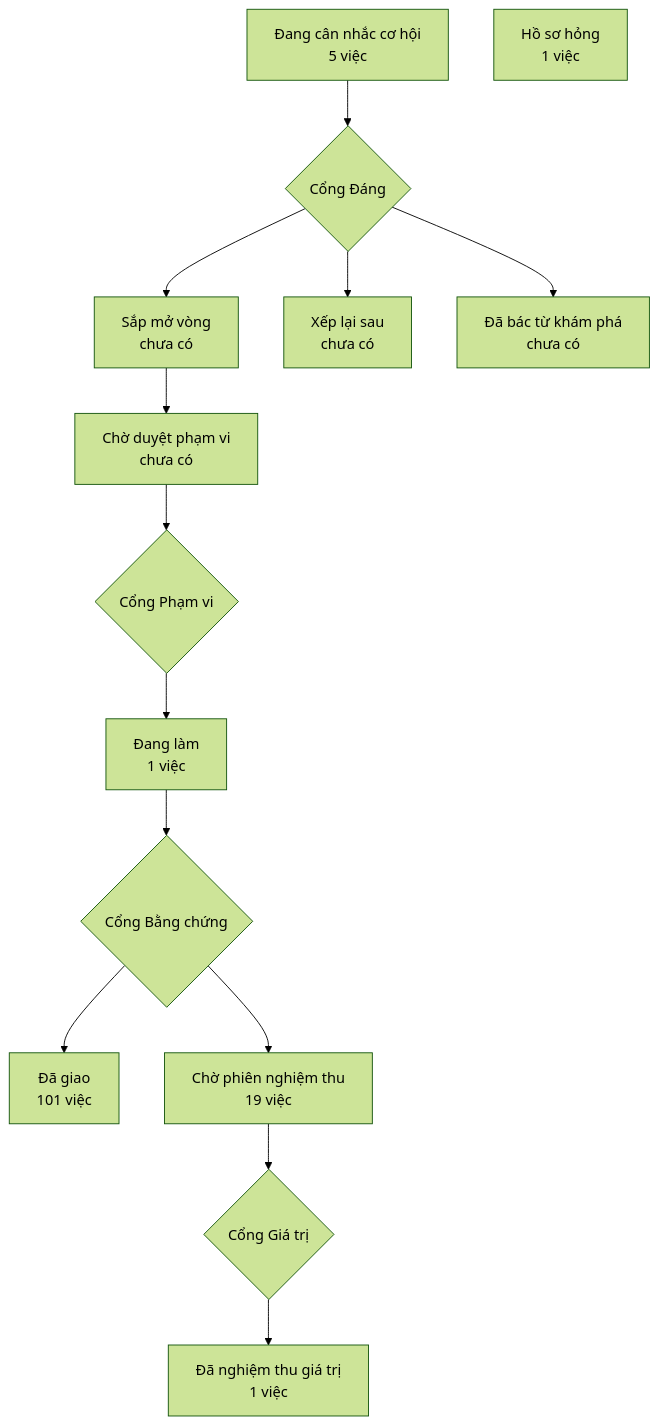
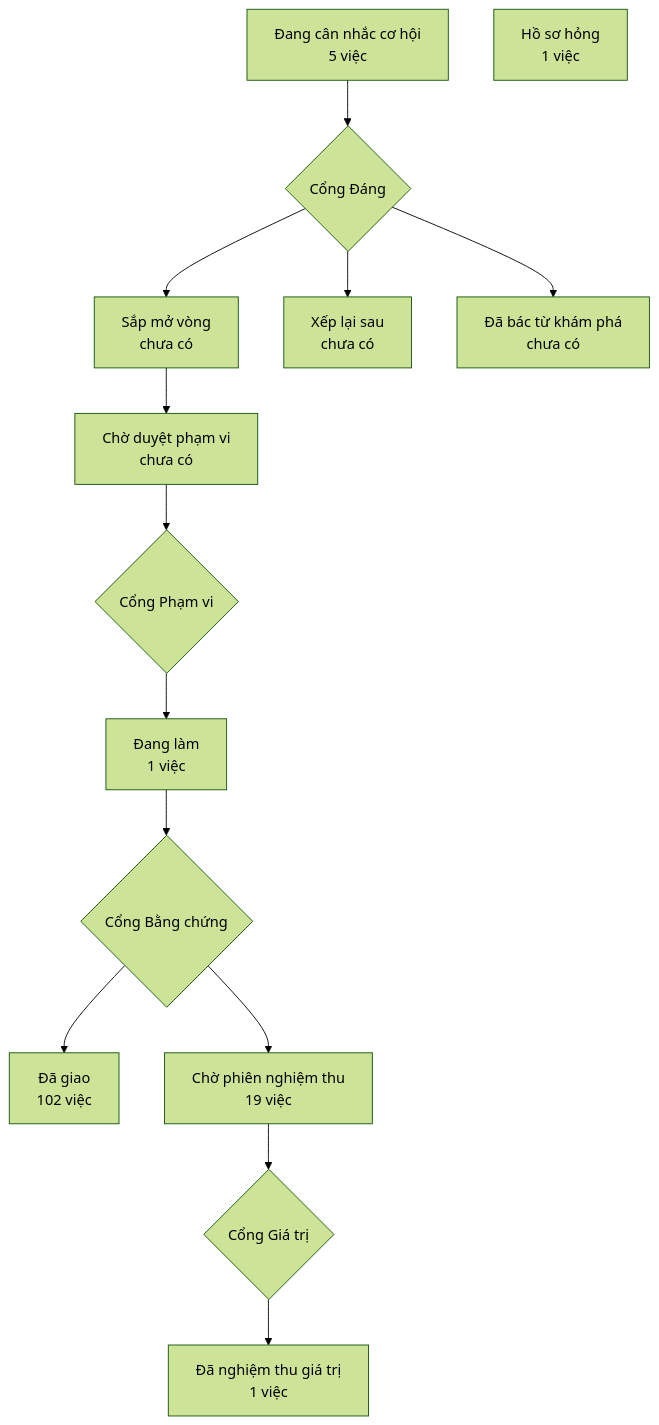
Before and after one commit to phanlemanh/crm-onehub: the diagram in PRODUCT-MAP.md, drawn with Mermaid (forest theme).

Commit message:
chore: vẽ lại PRODUCT-MAP sau khi gộp onehub

````diff
--- a/PRODUCT-MAP.md
+++ b/PRODUCT-MAP.md
@@ -6,13 +6,13 @@
 ```mermaid
 flowchart TD
   A["Đang cân nhắc cơ hội<br/>5 việc"] --> GD{"Cổng Đáng"}
   GD --> B["Sắp mở vòng<br/>chưa có"]
   GD --> XL["Xếp lại sau<br/>chưa có"]
   GD --> DB["Đã bác từ khám phá<br/>chưa có"]
   B --> CD["Chờ duyệt phạm vi<br/>chưa có"] --> GP{"Cổng Phạm vi"}
   GP --> DL["Đang làm<br/>1 việc"] --> GB{"Cổng Bằng chứng"}
-  GB --> DG["Đã giao<br/>101 việc"]
+  GB --> DG["Đã giao<br/>102 việc"]
   GB --> CN["Chờ phiên nghiệm thu<br/>19 việc"] --> GG{"Cổng Giá trị"}
   GG --> NT["Đã nghiệm thu giá trị<br/>1 việc"]
   HS["Hồ sơ hỏng<br/>1 việc"]
 ```
````
